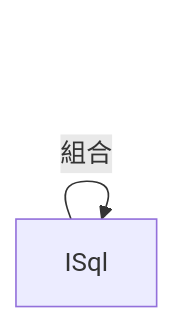
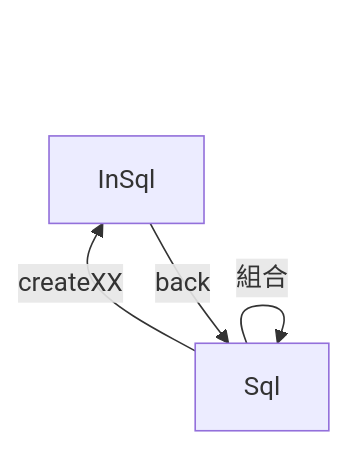
The diagram in README.md (h8000572003/commons-sql-helper), drawn with Mermaid before and after one commit. The commit also changed other lines of this file, not shown here.

````diff
--- a/README.md
+++ b/README.md
@@ -19,4 +12,7 @@
 ```mermaid
 graph BT
-    ISql -->|組合| ISql
+    Sql   -->|組合| Sql
+    Sql   -->|createXX| InSql
+    InSql -->|back| Sql
+   
 ```
````
